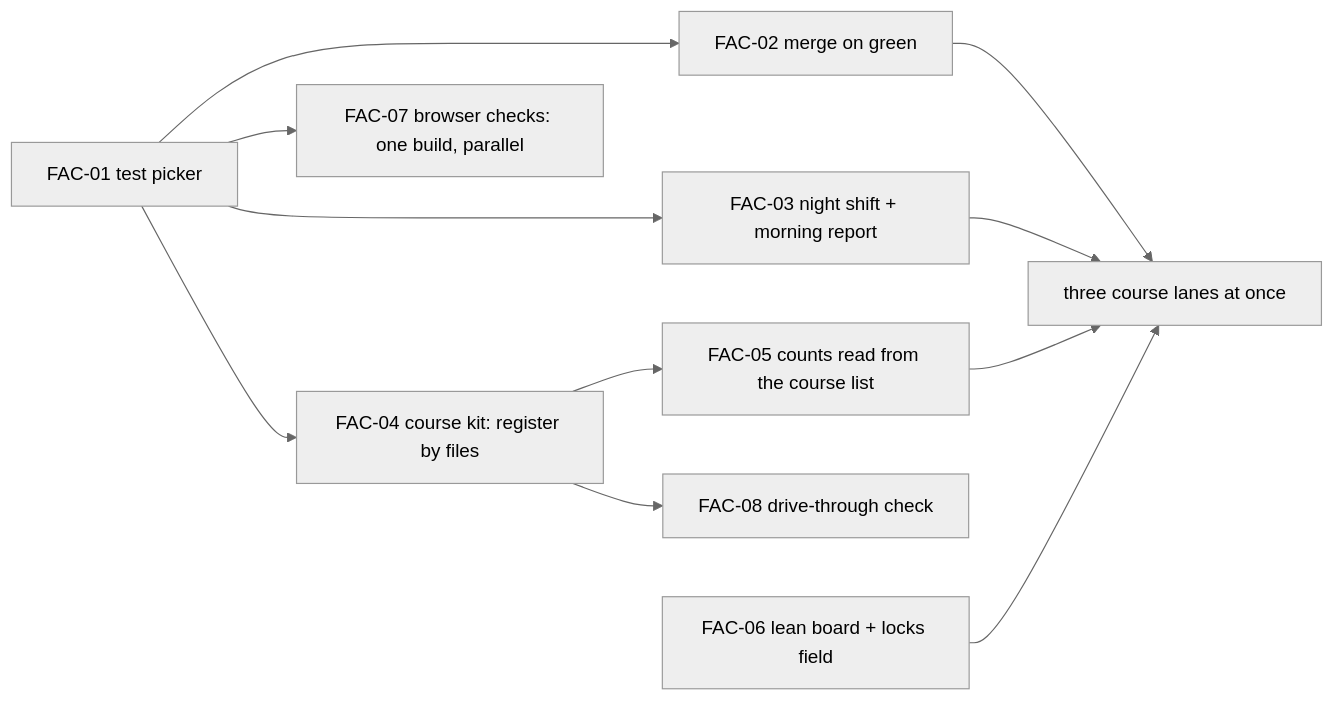
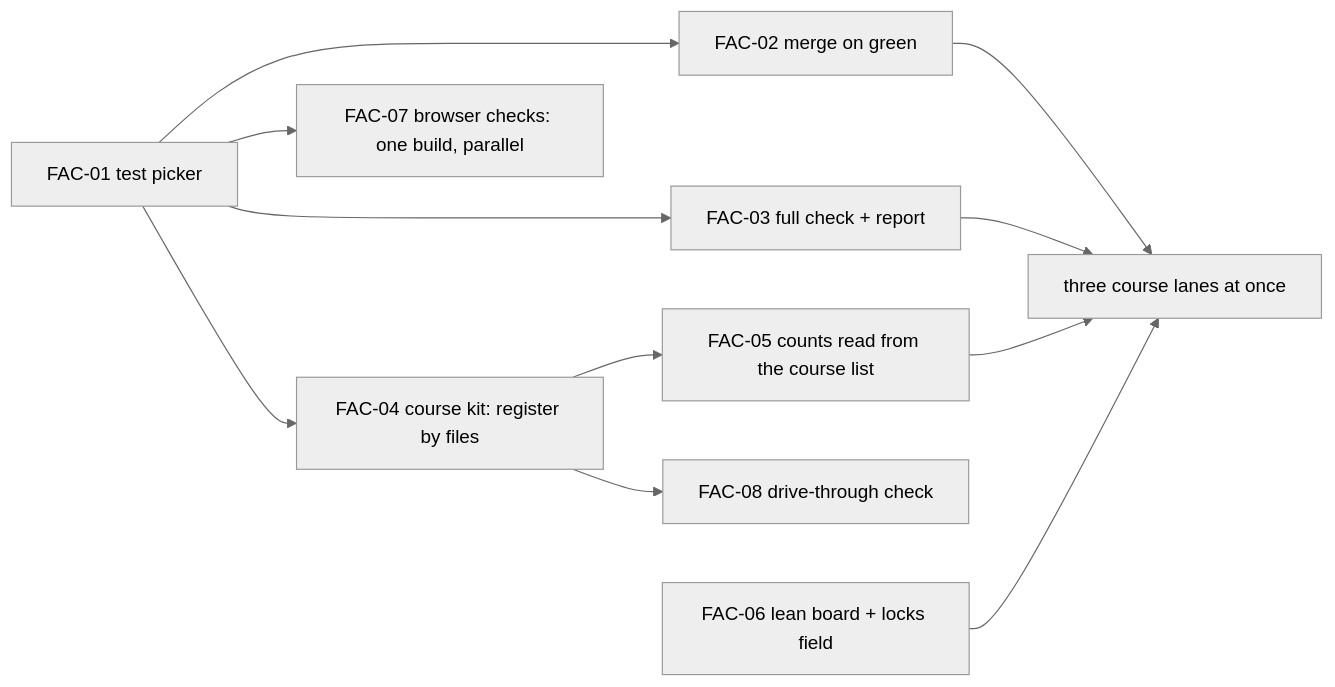
The fourth of 4 diagrams in docs/FACTORY.md (Dukes0O/the-duel-remake), drawn with Mermaid (neutral theme) before and after one commit. The commit also changed other lines of this file and 7 other files, not shown here.

First line of the commit message:
Rename the night shift to the full check; add FAC-FULL-CHECK card and tonight's order

````diff
--- a/docs/FACTORY.md
+++ b/docs/FACTORY.md
@@ -122,11 +124,11 @@
 ```mermaid
 flowchart LR
   F1[FAC-01 test picker] --> F2[FAC-02 merge on green]
-  F1 --> F3[FAC-03 night shift + morning report]
+  F1 --> F3[FAC-03 full check + report]
   F1 --> F4[FAC-04 course kit: register by files]
   F4 --> F5[FAC-05 counts read from the course list]
   F1 --> F7[FAC-07 browser checks: one build, parallel]
   F4 --> F8[FAC-08 drive-through check]
   F6[FAC-06 lean board + locks field]
   F2 & F3 & F5 & F6 --> GO[three course lanes at once]
 ```
````
